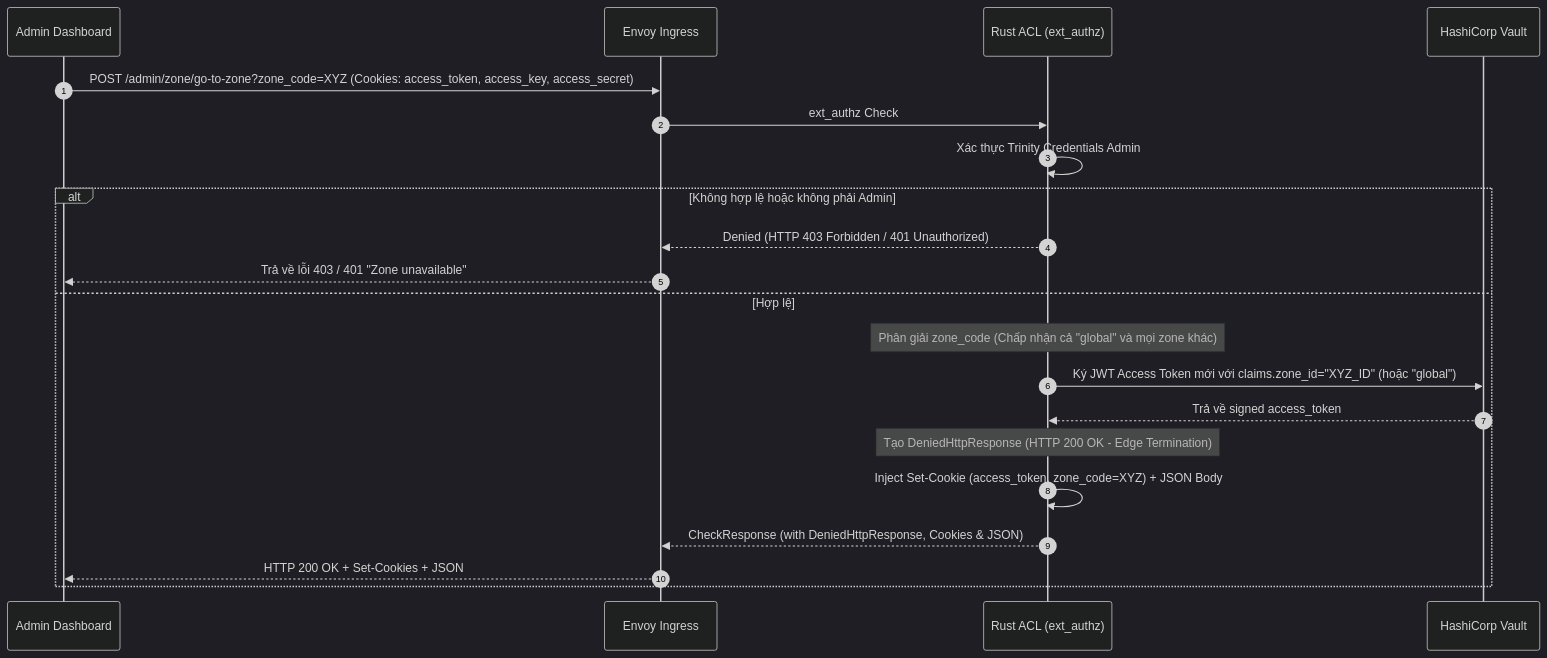
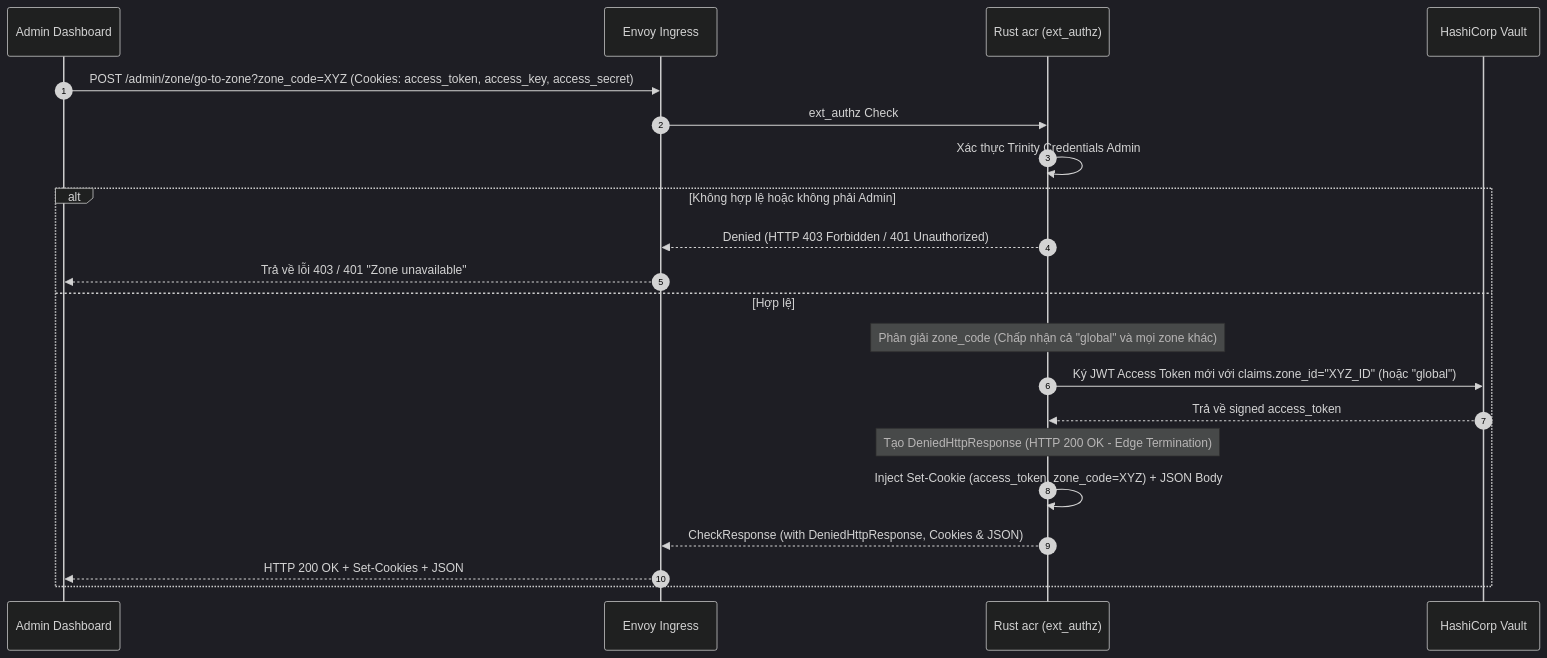
One commit to phucle996/aurora changed the fourth of 4 diagrams in god_view/acr/user_zone_context_god_view_workflow.md. Above: the diagram before and after it, drawn with Mermaid (dark theme). The commit also changed other lines of this file and 72 other files, not shown here.

````diff
--- a/god_view/acr/user_zone_context_god_view_workflow.md
+++ b/god_view/acr/user_zone_context_god_view_workflow.md
@@ -200,25 +200,25 @@
 ```mermaid
 sequenceDiagram
     autonumber
     participant UI as Admin Dashboard
     participant Envoy as Envoy Ingress
-    participant ACL as Rust ACL (ext_authz)
+    participant acr as Rust acr (ext_authz)
     participant Vault as HashiCorp Vault
 
     UI->>Envoy: POST /admin/zone/go-to-zone?zone_code=XYZ (Cookies: access_token, access_key, access_secret)
-    Envoy->>ACL: ext_authz Check
-    ACL->>ACL: Xác thực Trinity Credentials Admin
+    Envoy->>acr: ext_authz Check
+    acr->>acr: Xác thực Trinity Credentials Admin
     
     alt Không hợp lệ hoặc không phải Admin
-        ACL-->>Envoy: Denied (HTTP 403 Forbidden / 401 Unauthorized)
+        acr-->>Envoy: Denied (HTTP 403 Forbidden / 401 Unauthorized)
         Envoy-->>UI: Trả về lỗi 403 / 401 "Zone unavailable"
     else Hợp lệ
-        Note over ACL: Phân giải zone_code (Chấp nhận cả "global" và mọi zone khác)
-        ACL->>Vault: Ký JWT Access Token mới với claims.zone_id="XYZ_ID" (hoặc "global")
-        Vault-->>ACL: Trả về signed access_token
-        Note over ACL: Tạo DeniedHttpResponse (HTTP 200 OK - Edge Termination)
-        ACL->>ACL: Inject Set-Cookie (access_token, zone_code=XYZ) + JSON Body
-        ACL-->>Envoy: CheckResponse (with DeniedHttpResponse, Cookies & JSON)
+        Note over acr: Phân giải zone_code (Chấp nhận cả "global" và mọi zone khác)
+        acr->>Vault: Ký JWT Access Token mới với claims.zone_id="XYZ_ID" (hoặc "global")
+        Vault-->>acr: Trả về signed access_token
+        Note over acr: Tạo DeniedHttpResponse (HTTP 200 OK - Edge Termination)
+        acr->>acr: Inject Set-Cookie (access_token, zone_code=XYZ) + JSON Body
+        acr-->>Envoy: CheckResponse (with DeniedHttpResponse, Cookies & JSON)
         Envoy-->>UI: HTTP 200 OK + Set-Cookies + JSON
     end
 ```
````
